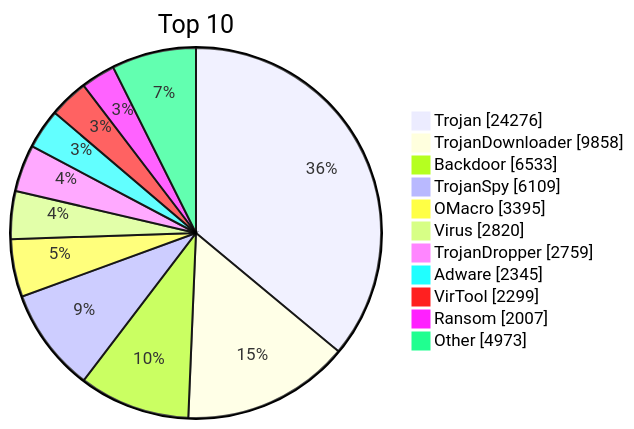
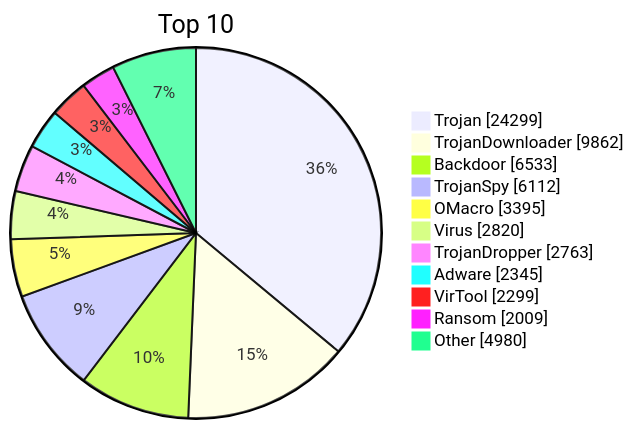
One commit to JerryLinLinLin/huorong-virdb-changelog changed the diagram in README.md. Above: the diagram before and after it, drawn with Mermaid. The commit also changed other lines of this file and 15 other files, not shown here.

````diff
--- a/README.md
+++ b/README.md
@@ -19,15 +19,15 @@
 ```mermaid
 pie showData
     title Top 10
-    "Trojan" : 24276
-    "TrojanDownloader" : 9858
+    "Trojan" : 24299
+    "TrojanDownloader" : 9862
     "Backdoor" : 6533
-    "TrojanSpy" : 6109
+    "TrojanSpy" : 6112
     "OMacro" : 3395
     "Virus" : 2820
-    "TrojanDropper" : 2759
+    "TrojanDropper" : 2763
     "Adware" : 2345
     "VirTool" : 2299
-    "Ransom" : 2007
-    "Other" : 4973
+    "Ransom" : 2009
+    "Other" : 4980
 ```
````
